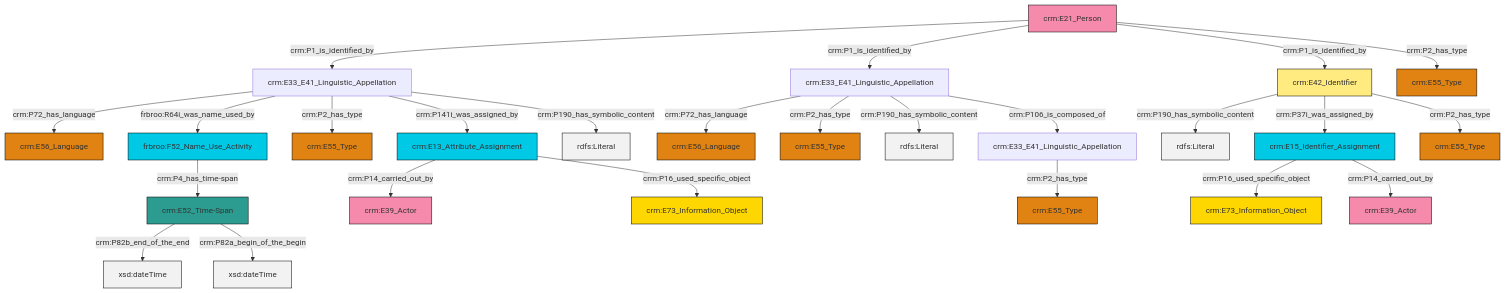
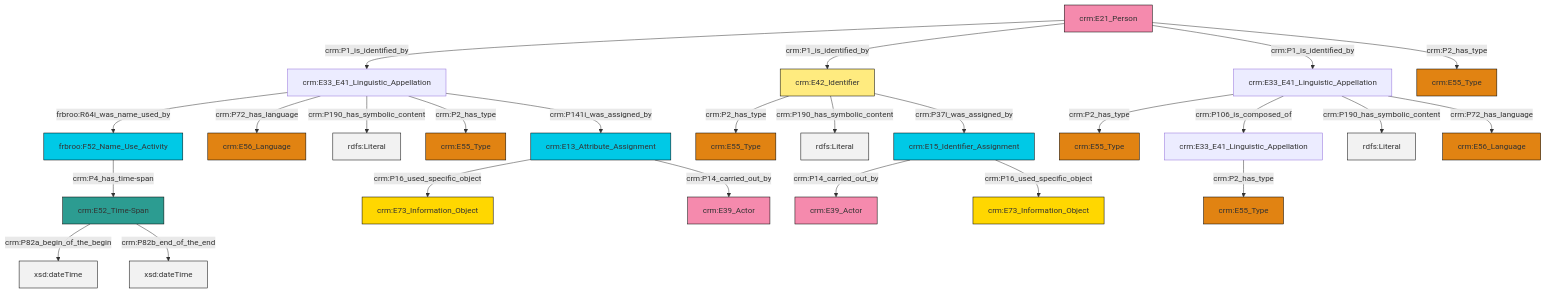
The diagram in et/personCSV/ttl/mmd/Person_Names_and_Classification.ttl.mmd (swiss-art-research-net/reference-data-models), drawn with Mermaid before and after one commit. The commit also changed 123 other files, not shown here.

```diff
--- a/et/personCSV/ttl/mmd/Person_Names_and_Classification.ttl.mmd
+++ b/et/personCSV/ttl/mmd/Person_Names_and_Classification.ttl.mmd
@@ -1,39 +1,39 @@
 graph TD
 classDef Literal fill:#f2f2f2,stroke:#000000;
 classDef CRM_Entity fill:#FFFFFF,stroke:#000000;
 classDef Temporal_Entity fill:#00C9E6, stroke:#000000;
 classDef Type fill:#E18312, stroke:#000000;
 classDef Time-Span fill:#2C9C91, stroke:#000000;
 classDef Appellation fill:#FFEB7F, stroke:#000000;
 classDef Place fill:#008836, stroke:#000000;
 classDef Persistent_Item fill:#B266B2, stroke:#000000;
 classDef Conceptual_Object fill:#FFD700, stroke:#000000;
 classDef Physical_Thing fill:#D2B48C, stroke:#000000;
 classDef Actor fill:#f58aad, stroke:#000000;
 classDef PC_Classes fill:#4ce600, stroke:#000000;
 classDef Multi fill:#cccccc,stroke:#000000;
 
-0["crm:E33_E41_Linguistic_Appellation"]:::Default -->|crm:P72_has_language| 1["crm:E56_Language"]:::Type
-4["crm:E13_Attribute_Assignment"]:::Temporal_Entity -->|crm:P14_carried_out_by| 5["crm:E39_Actor"]:::Actor
-8["crm:E21_Person"]:::Actor -->|crm:P1_is_identified_by| 0["crm:E33_E41_Linguistic_Appellation"]:::Default
-11["crm:E52_Time-Span"]:::Time-Span -->|crm:P82b_end_of_the_end| 12[xsd:dateTime]:::Literal
-6["crm:E33_E41_Linguistic_Appellation"]:::Default -->|crm:P72_has_language| 13["crm:E56_Language"]:::Type
-9["crm:E33_E41_Linguistic_Appellation"]:::Default -->|crm:P2_has_type| 14["crm:E55_Type"]:::Type
-15["crm:E42_Identifier"]:::Appellation -->|crm:P190_has_symbolic_content| 16[rdfs:Literal]:::Literal
-0["crm:E33_E41_Linguistic_Appellation"]:::Default -->|frbroo:R64i_was_name_used_by| 20["frbroo:F52_Name_Use_Activity"]:::Temporal_Entity
-8["crm:E21_Person"]:::Actor -->|crm:P1_is_identified_by| 6["crm:E33_E41_Linguistic_Appellation"]:::Default
-0["crm:E33_E41_Linguistic_Appellation"]:::Default -->|crm:P2_has_type| 23["crm:E55_Type"]:::Type
-6["crm:E33_E41_Linguistic_Appellation"]:::Default -->|crm:P2_has_type| 25["crm:E55_Type"]:::Type
-15["crm:E42_Identifier"]:::Appellation -->|crm:P37i_was_assigned_by| 26["crm:E15_Identifier_Assignment"]:::Temporal_Entity
-4["crm:E13_Attribute_Assignment"]:::Temporal_Entity -->|crm:P16_used_specific_object| 21["crm:E73_Information_Object"]:::Conceptual_Object
-26["crm:E15_Identifier_Assignment"]:::Temporal_Entity -->|crm:P16_used_specific_object| 29["crm:E73_Information_Object"]:::Conceptual_Object
-6["crm:E33_E41_Linguistic_Appellation"]:::Default -->|crm:P190_has_symbolic_content| 35[rdfs:Literal]:::Literal
-11["crm:E52_Time-Span"]:::Time-Span -->|crm:P82a_begin_of_the_begin| 36[xsd:dateTime]:::Literal
-20["frbroo:F52_Name_Use_Activity"]:::Temporal_Entity -->|crm:P4_has_time-span| 11["crm:E52_Time-Span"]:::Time-Span
-8["crm:E21_Person"]:::Actor -->|crm:P1_is_identified_by| 15["crm:E42_Identifier"]:::Appellation
-0["crm:E33_E41_Linguistic_Appellation"]:::Default -->|crm:P141i_was_assigned_by| 4["crm:E13_Attribute_Assignment"]:::Temporal_Entity
-6["crm:E33_E41_Linguistic_Appellation"]:::Default -->|crm:P106_is_composed_of| 9["crm:E33_E41_Linguistic_Appellation"]:::Default
-26["crm:E15_Identifier_Assignment"]:::Temporal_Entity -->|crm:P14_carried_out_by| 2["crm:E39_Actor"]:::Actor
-8["crm:E21_Person"]:::Actor -->|crm:P2_has_type| 33["crm:E55_Type"]:::Type
-15["crm:E42_Identifier"]:::Appellation -->|crm:P2_has_type| 17["crm:E55_Type"]:::Type
-0["crm:E33_E41_Linguistic_Appellation"]:::Default -->|crm:P190_has_symbolic_content| 46[rdfs:Literal]:::Literal
+0["crm:E15_Identifier_Assignment"]:::Temporal_Entity -->|crm:P14_carried_out_by| 1["crm:E39_Actor"]:::Actor
+2["crm:E33_E41_Linguistic_Appellation"]:::Default -->|frbroo:R64i_was_name_used_by| 3["frbroo:F52_Name_Use_Activity"]:::Temporal_Entity
+4["crm:E21_Person"]:::Actor -->|crm:P1_is_identified_by| 2["crm:E33_E41_Linguistic_Appellation"]:::Default
+5["crm:E13_Attribute_Assignment"]:::Temporal_Entity -->|crm:P16_used_specific_object| 6["crm:E73_Information_Object"]:::Conceptual_Object
+4["crm:E21_Person"]:::Actor -->|crm:P1_is_identified_by| 7["crm:E42_Identifier"]:::Appellation
+2["crm:E33_E41_Linguistic_Appellation"]:::Default -->|crm:P72_has_language| 8["crm:E56_Language"]:::Type
+2["crm:E33_E41_Linguistic_Appellation"]:::Default -->|crm:P190_has_symbolic_content| 11[rdfs:Literal]:::Literal
+4["crm:E21_Person"]:::Actor -->|crm:P1_is_identified_by| 12["crm:E33_E41_Linguistic_Appellation"]:::Default
+12["crm:E33_E41_Linguistic_Appellation"]:::Default -->|crm:P2_has_type| 13["crm:E55_Type"]:::Type
+18["crm:E33_E41_Linguistic_Appellation"]:::Default -->|crm:P2_has_type| 19["crm:E55_Type"]:::Type
+21["crm:E52_Time-Span"]:::Time-Span -->|crm:P82a_begin_of_the_begin| 22[xsd:dateTime]:::Literal
+12["crm:E33_E41_Linguistic_Appellation"]:::Default -->|crm:P106_is_composed_of| 18["crm:E33_E41_Linguistic_Appellation"]:::Default
+12["crm:E33_E41_Linguistic_Appellation"]:::Default -->|crm:P190_has_symbolic_content| 27[rdfs:Literal]:::Literal
+0["crm:E15_Identifier_Assignment"]:::Temporal_Entity -->|crm:P16_used_specific_object| 14["crm:E73_Information_Object"]:::Conceptual_Object
+7["crm:E42_Identifier"]:::Appellation -->|crm:P2_has_type| 30["crm:E55_Type"]:::Type
+2["crm:E33_E41_Linguistic_Appellation"]:::Default -->|crm:P2_has_type| 35["crm:E55_Type"]:::Type
+5["crm:E13_Attribute_Assignment"]:::Temporal_Entity -->|crm:P14_carried_out_by| 31["crm:E39_Actor"]:::Actor
+21["crm:E52_Time-Span"]:::Time-Span -->|crm:P82b_end_of_the_end| 37[xsd:dateTime]:::Literal
+7["crm:E42_Identifier"]:::Appellation -->|crm:P190_has_symbolic_content| 38[rdfs:Literal]:::Literal
+4["crm:E21_Person"]:::Actor -->|crm:P2_has_type| 24["crm:E55_Type"]:::Type
+12["crm:E33_E41_Linguistic_Appellation"]:::Default -->|crm:P72_has_language| 16["crm:E56_Language"]:::Type
+3["frbroo:F52_Name_Use_Activity"]:::Temporal_Entity -->|crm:P4_has_time-span| 21["crm:E52_Time-Span"]:::Time-Span
+2["crm:E33_E41_Linguistic_Appellation"]:::Default -->|crm:P141i_was_assigned_by| 5["crm:E13_Attribute_Assignment"]:::Temporal_Entity
+7["crm:E42_Identifier"]:::Appellation -->|crm:P37i_was_assigned_by| 0["crm:E15_Identifier_Assignment"]:::Temporal_Entity
```
